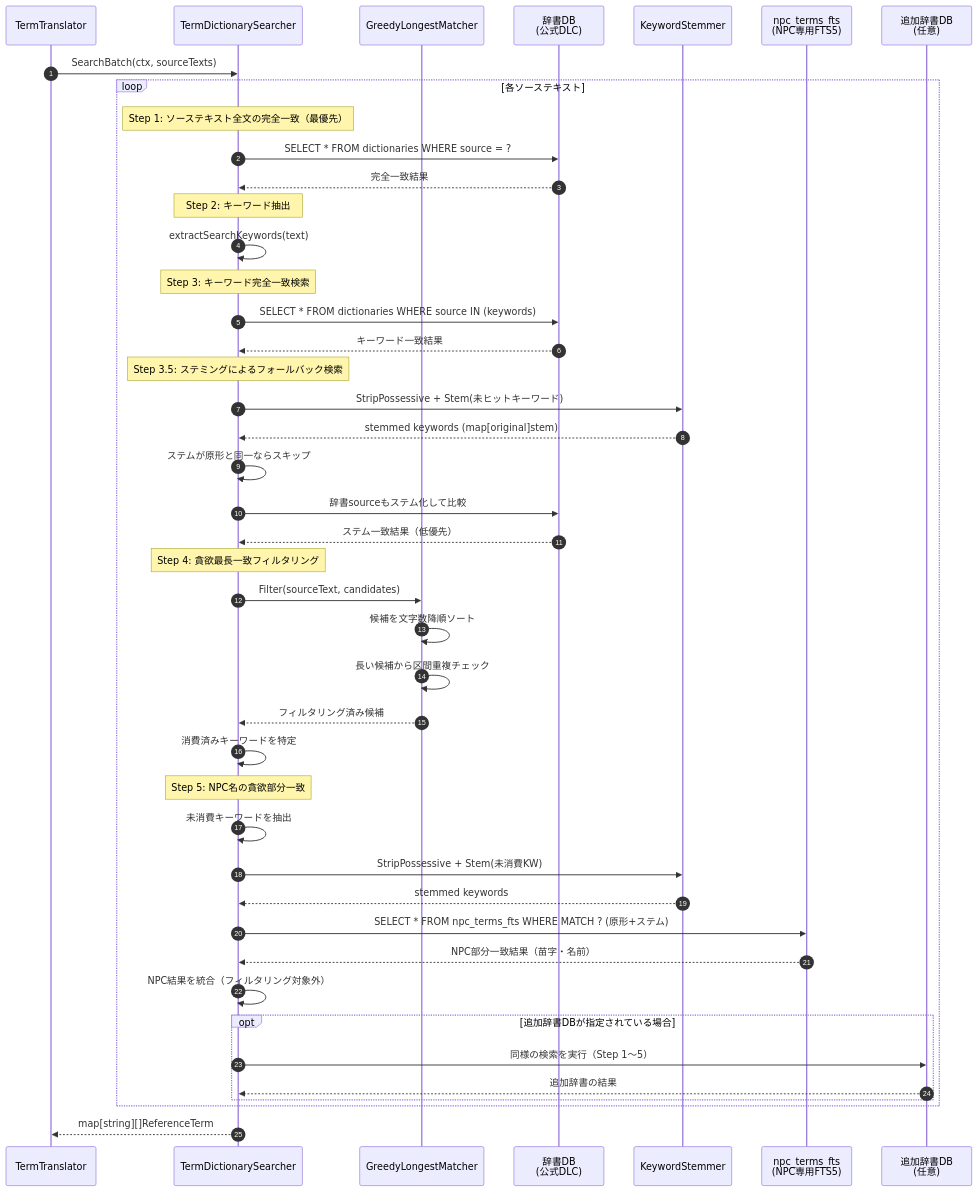
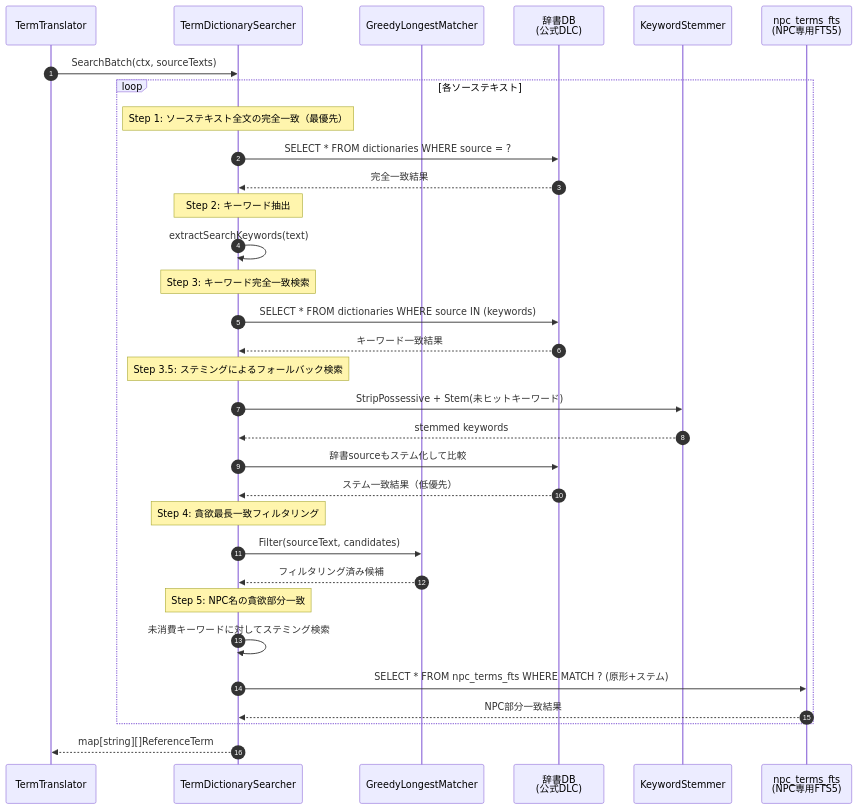
One commit to ishibata91/ai-translation-engine-2 changed the third of 3 diagrams in specs/TermTranslatorSlice/term_translator_sequence_diagram.md. Above: the diagram before and after it, drawn with Mermaid. The commit also changed other lines of this file and 12 other files, not shown here.

````diff
--- a/specs/TermTranslatorSlice/term_translator_sequence_diagram.md
+++ b/specs/TermTranslatorSlice/term_translator_sequence_diagram.md
@@ -72,55 +79,42 @@
 ```mermaid
 sequenceDiagram
     autonumber
     participant TT as TermTranslator
     participant DS as TermDictionarySearcher
     participant GM as GreedyLongestMatcher
     participant DictDB as 辞書DB<br/>(公式DLC)
     participant KS as KeywordStemmer
     participant NPCFTS as npc_terms_fts<br/>(NPC専用FTS5)
-    participant AddDB as 追加辞書DB<br/>(任意)
 
     TT->>DS: SearchBatch(ctx, sourceTexts)
 
     loop 各ソーステキスト
         Note over DS: Step 1: ソーステキスト全文の完全一致（最優先）
         DS->>DictDB: SELECT * FROM dictionaries WHERE source = ?
         DictDB-->>DS: 完全一致結果
 
         Note over DS: Step 2: キーワード抽出
         DS->>DS: extractSearchKeywords(text)
 
         Note over DS: Step 3: キーワード完全一致検索
         DS->>DictDB: SELECT * FROM dictionaries WHERE source IN (keywords)
         DictDB-->>DS: キーワード一致結果
 
         Note over DS: Step 3.5: ステミングによるフォールバック検索
         DS->>KS: StripPossessive + Stem(未ヒットキーワード)
-        KS-->>DS: stemmed keywords (map[original]stem)
-        DS->>DS: ステムが原形と同一ならスキップ
+        KS-->>DS: stemmed keywords
         DS->>DictDB: 辞書sourceもステム化して比較
         DictDB-->>DS: ステム一致結果（低優先）
 
         Note over DS: Step 4: 貪欲最長一致フィルタリング
         DS->>GM: Filter(sourceText, candidates)
-        GM->>GM: 候補を文字数降順ソート
-        GM->>GM: 長い候補から区間重複チェック
         GM-->>DS: フィルタリング済み候補
-        DS->>DS: 消費済みキーワードを特定
 
         Note over DS: Step 5: NPC名の貪欲部分一致
-        DS->>DS: 未消費キーワードを抽出
-        DS->>KS: StripPossessive + Stem(未消費KW)
-        KS-->>DS: stemmed keywords
-        DS->>NPCFTS: SELECT * FROM npc_terms_fts WHERE MATCH ? (原形+ステム)
-        NPCFTS-->>DS: NPC部分一致結果（苗字・名前）
-        DS->>DS: NPC結果を統合（フィルタリング対象外）
-
-        opt 追加辞書DBが指定されている場合
-            DS->>AddDB: 同様の検索を実行（Step 1〜5）
-            AddDB-->>DS: 追加辞書の結果
-        end
+        DS->>DS: 未消費キーワードに対してステミング検索
+        DS->>NPCFTS: SELECT * FROM npc_terms_fts WHERE MATCH ? (原形+ステム)
+        NPCFTS-->>DS: NPC部分一致結果
     end
 
     DS-->>TT: map[string][]ReferenceTerm
 ```
````
